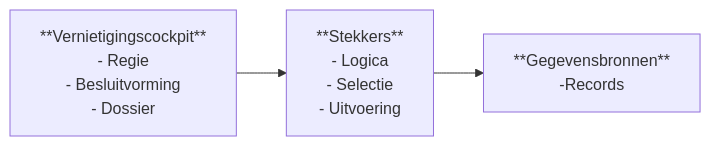
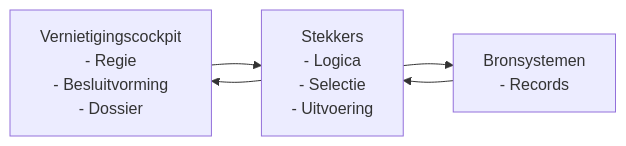
Before and after one commit to GemeenteArnhem/Vernietigingscockpit: the diagram in architectuur/architectuur.md, drawn with Mermaid. The commit also changed other lines of this file and 4 other files, not shown here.

````diff
--- a/architectuur/architectuur.md
+++ b/architectuur/architectuur.md
@@ -77,16 +77,19 @@
 ```mermaid
 flowchart LR
 
-    A["**Vernietigingscockpit**
+    A["Vernietigingscockpit
     - Regie
     - Besluitvorming
     - Dossier"]
-    B["**Stekkers**
+    B["Stekkers
     - Logica
     - Selectie
     - Uitvoering"]
-    C["**Gegevensbronnen**
-    -Records"]
+    C["Bronsystemen
+    - Records"]
 
-    A --> B --> C
+    A --> B
+    B --> A
+    B --> C
+    C --> B
 ```
````
